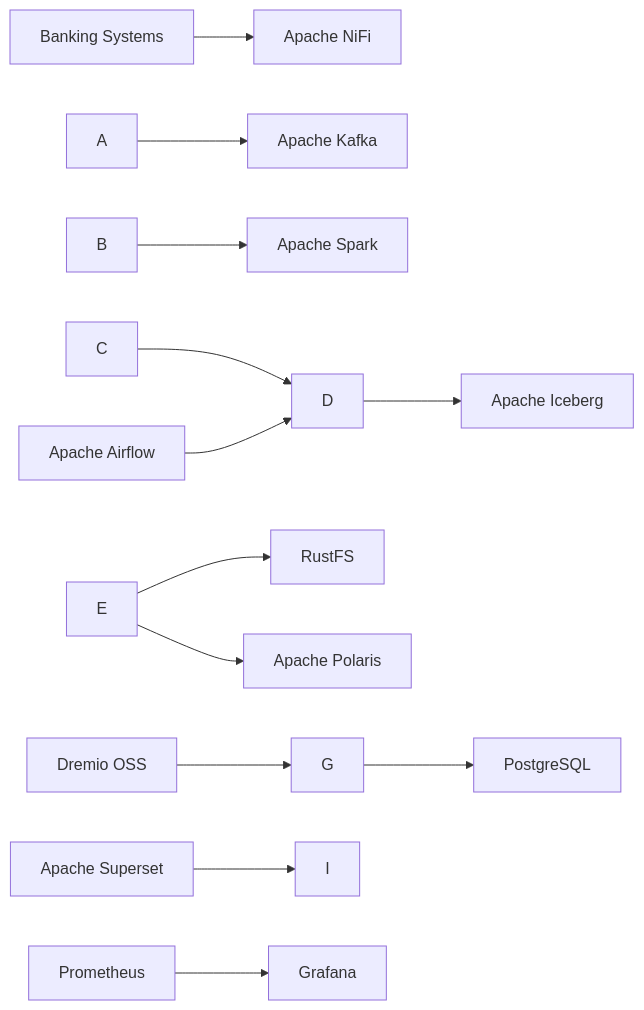
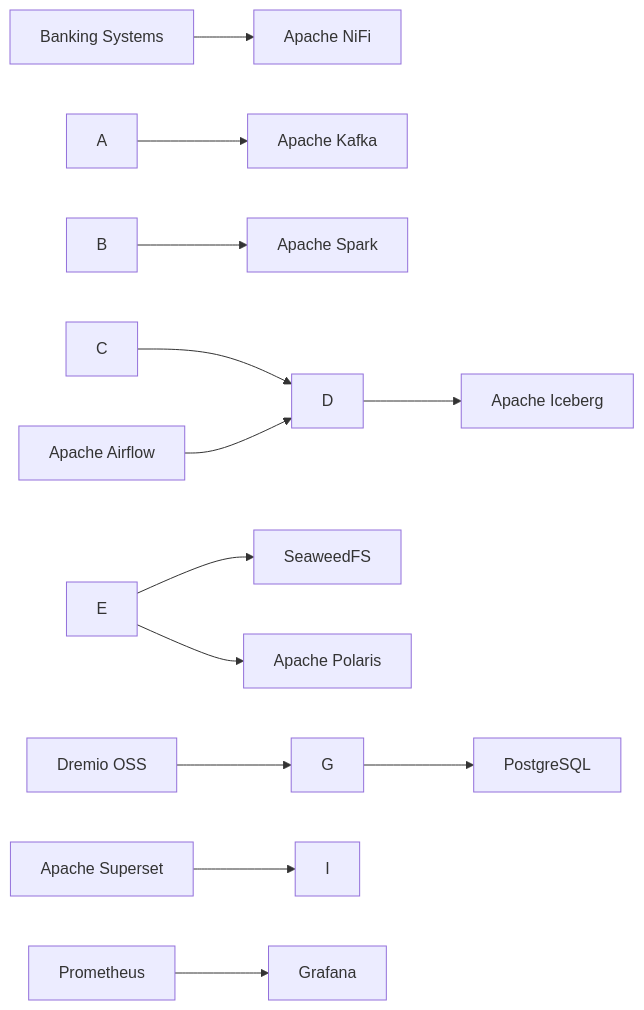
One commit to jayasriakula4-afk/Banking-Lakehouse changed the diagram in docs/architecture/Logical-Architecture.md. Above: the diagram before and after it, drawn with Mermaid. The commit also changed other lines of this file and 12 other files, not shown here.

````diff
--- a/docs/architecture/Logical-Architecture.md
+++ b/docs/architecture/Logical-Architecture.md
@@ -49,43 +49,43 @@
 ```mermaid
 
 flowchart LR
 
 
 
 A\[Banking Systems] --> B\[Apache NiFi]
 
 A --> C\[Apache Kafka]
 
 
 
 B --> D\[Apache Spark]
 
 C --> D
 
 
 
 D --> E\[Apache Iceberg]
 
-E --> F\[RustFS]
+E --> F\[SeaweedFS]
 
 
 
 E --> G\[Apache Polaris]
 
 G --> H\[PostgreSQL]
 
 
 
 I\[Dremio OSS] --> G
 
 J\[Apache Superset] --> I
 
 
 
 K\[Apache Airflow] --> D
 
 
 
 L\[Prometheus] --> M\[Grafana]
 
 ```
````
